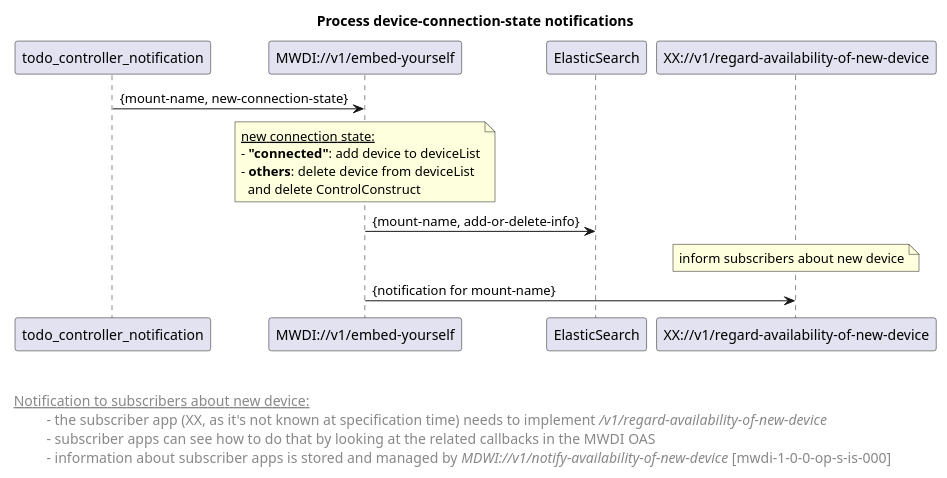
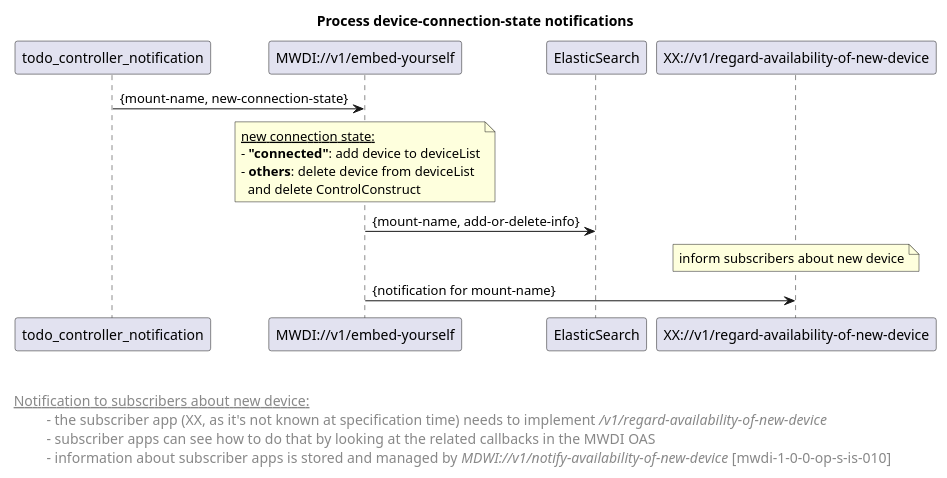
The diagram in spec/diagrams/02x_forwardingProcessControllerNotifications.plantuml (openBackhaul/MicroWaveDeviceInventory), drawn with PlantUML before and after one commit. The commit also changed 7 other files, not shown here.

```diff
--- a/spec/diagrams/02x_forwardingProcessControllerNotifications.plantuml
+++ b/spec/diagrams/02x_forwardingProcessControllerNotifications.plantuml
@@ -1,52 +1,52 @@
 @startuml
 skinparam responseMessageBelowArrow true
 skinparam guillemet [ ]
 skinparam participant {
   StereotypeFontSize 12  
 }
 hide stereotype
 
 title Process device-connection-state notifications
 
 
 'participants
 participant "todo_controller_notification" as npConnectionStatusNotif <<mwdi-1-0-0-op-c-is-np-1-0-0-000>>
 participant "MWDI://v1/embed-yourself" as mwdi <<mwdi-1-0-0-op-s-bm-001>>
 participant "ElasticSearch" as es <<mwdi-1-0-0-es-c-es-1-0-0-000>>
 participant "XX://v1/regard-availability-of-new-device" as notificationToXX <<mwdi-1-0-0-op-c-is-xx-1-0-0-000>>
 
 
 npConnectionStatusNotif -> mwdi: {mount-name, new-connection-state}
 
 note over mwdi
  <u>new connection state:</u>
  - <b>"connected"</b>: add device to deviceList
  - <b>others</b>: delete device from deviceList
    and delete ControlConstruct
 end note
 
 mwdi -> es: {mount-name, add-or-delete-info}
 
 'inform subscribers about new device
 note over notificationToXX: inform subscribers about new device
 mwdi -> notificationToXX: {notification for mount-name}
 
 
 
 left footer 
 
 
 <u> Notification to subscribers about new device:</u>
 \t  - the subscriber app (XX, as it's not known at specification time) needs to implement <i>/v1/regard-availability-of-new-device</i>
 \t  - subscriber apps can see how to do that by looking at the related callbacks in the MWDI OAS 
-\t  - information about subscriber apps is stored and managed by <i>MDWI://v1/notify-availability-of-new-device</i> [mwdi-1-0-0-op-s-is-000]
+\t  - information about subscriber apps is stored and managed by <i>MDWI://v1/notify-availability-of-new-device</i> [mwdi-1-0-0-op-s-is-010]
 end footer
 
 <style>
 footer {
   HorizontalAlignment left
   FontSize 14
 }
 </style>
 
 @enduml
```
